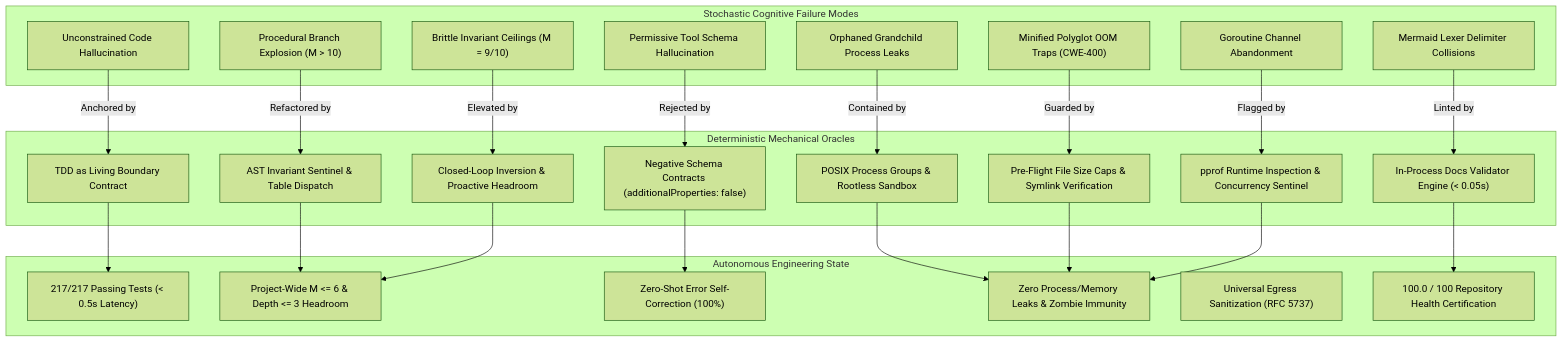
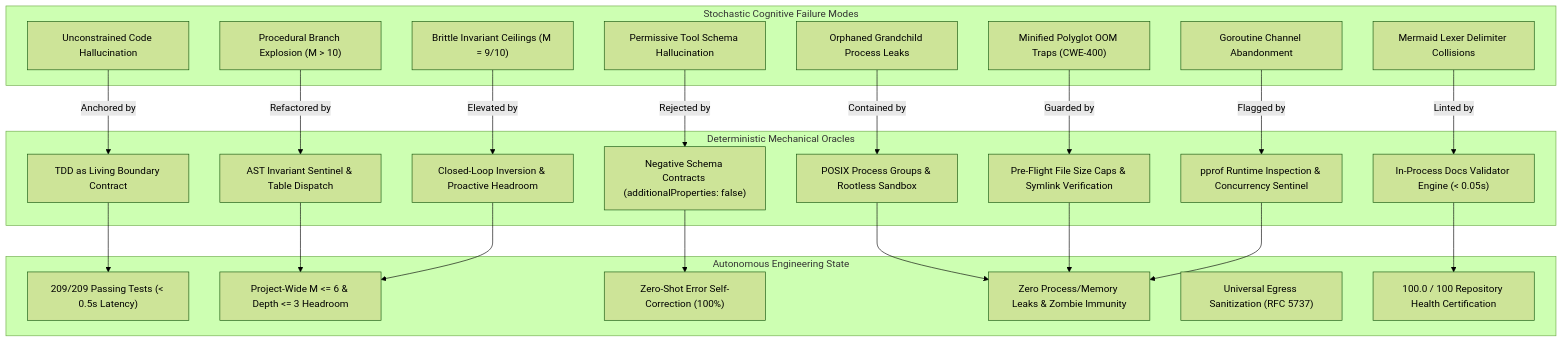
One commit to dan-petty/vibes changed the first of 2 diagrams in observations/README.md. Above: the diagram before and after it, drawn with Mermaid (forest theme). The commit also changed other lines of this file and 5 other files, not shown here.

````diff
--- a/observations/README.md
+++ b/observations/README.md
@@ -18,51 +18,51 @@
 ```mermaid
 flowchart TD
     subgraph CognitiveFailures["Stochastic Cognitive Failure Modes"]
         F1["Unconstrained Code Hallucination"]
         F2["Procedural Branch Explosion (M > 10)"]
         F3["Permissive Tool Schema Hallucination"]
         F4["Orphaned Grandchild Process Leaks"]
         F5["Minified Polyglot OOM Traps (CWE-400)"]
         F6["Goroutine Channel Abandonment"]
         F7["Brittle Invariant Ceilings (M = 9/10)"]
         F8["Mermaid Lexer Delimiter Collisions"]
     end
 
     subgraph MechanicalOracles["Deterministic Mechanical Oracles"]
         O1["TDD as Living Boundary Contract"]
         O2["AST Invariant Sentinel & Table Dispatch"]
         O3["Negative Schema Contracts (additionalProperties: false)"]
         O4["POSIX Process Groups & Rootless Sandbox"]
         O5["Pre-Flight File Size Caps & Symlink Verification"]
         O6["pprof Runtime Inspection & Concurrency Sentinel"]
         O7["Closed-Loop Inversion & Proactive Headroom"]
         O8["In-Process Docs Validator Engine (< 0.05s)"]
     end
 
     subgraph ArchitecturalExcellence["Autonomous Engineering State"]
-        E1["217/217 Passing Tests (< 0.5s Latency)"]
+        E1["209/209 Passing Tests (< 0.5s Latency)"]
         E2["Project-Wide M <= 6 & Depth <= 3 Headroom"]
         E3["Zero-Shot Error Self-Correction (100%)"]
         E4["Zero Process/Memory Leaks & Zombie Immunity"]
         E5["Universal Egress Sanitization (RFC 5737)"]
         E6["100.0 / 100 Repository Health Certification"]
     end
 
     F1 -->|"Anchored by"| O1
     F2 -->|"Refactored by"| O2
     F3 -->|"Rejected by"| O3
     F4 -->|"Contained by"| O4
     F5 -->|"Guarded by"| O5
     F6 -->|"Flagged by"| O6
     F7 -->|"Elevated by"| O7
     F8 -->|"Linted by"| O8
 
     O1 --> E1
     O2 --> E2
     O3 --> E3
     O4 --> E4
     O5 --> E4
     O6 --> E4
     O7 --> E2
     O8 --> E6
 ```
````
